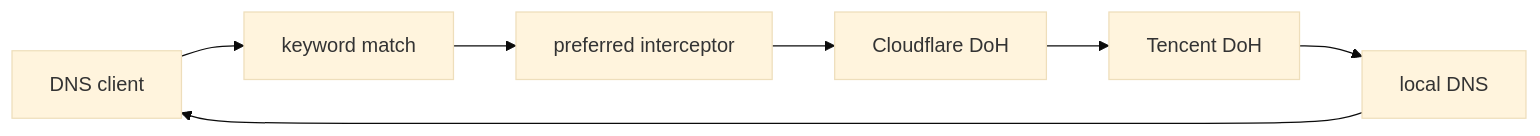
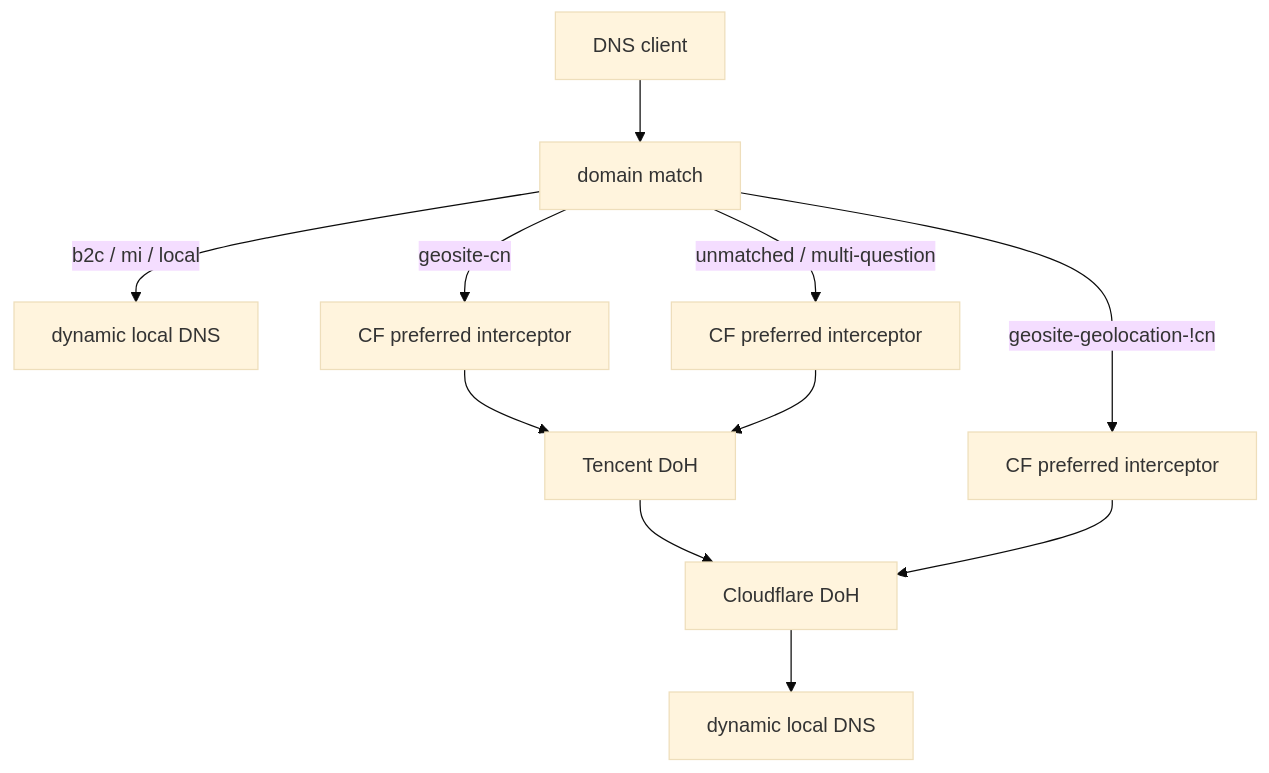
Before and after one commit to Fuxx-1/EdgeSteer: the diagram in README.md, drawn with Mermaid (base theme). The commit also changed other lines of this file and 20 other files, not shown here.

````diff
--- a/README.md
+++ b/README.md
@@ -16,9 +16,13 @@
 ```mermaid
-flowchart LR
-    Client["DNS client"] --> Match["keyword match"]
-    Match --> Preferred["preferred interceptor"]
-    Preferred --> CF["Cloudflare DoH"]
-    CF --> Tencent["Tencent DoH"]
-    Tencent --> Local["local DNS"]
-    Local --> Client
+flowchart TB
+    Client["DNS client"] --> Match["domain match"]
+    Match -->|"b2c / mi / local"| LocalKeyword["dynamic local DNS"]
+    Match -->|"geosite-cn"| CN["CF preferred interceptor"]
+    Match -->|"geosite-geolocation-!cn"| Overseas["CF preferred interceptor"]
+    Match -->|"unmatched / multi-question"| Default["CF preferred interceptor"]
+    CN --> Tencent["Tencent DoH"]
+    Default --> Tencent
+    Tencent --> CF["Cloudflare DoH"]
+    Overseas --> CF
+    CF --> LocalFallback["dynamic local DNS"]
 ```
````
